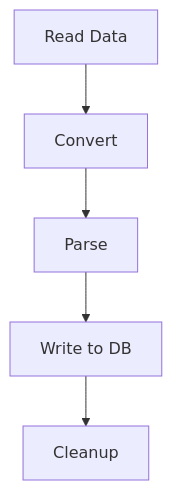
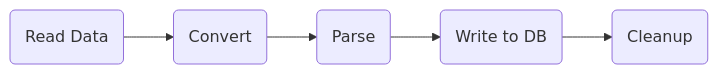
One commit to woernerm/dagmaid changed the diagram in diagram.mmd. Above: the diagram before and after it, drawn with Mermaid. The commit also changed 2 other files, not shown here.

Commit message:
Uses colors to mark passed and failed blocks

```diff
--- a/diagram.mmd
+++ b/diagram.mmd
@@ -1,12 +1,12 @@
-graph TD
-    A[Read Data] --> B[Convert]
-    B --> C[Parse]
-    C --> D[Write to DB]
-    D --> E[Cleanup]
+graph LR
+    A(Read Data) --> B(Convert)
+    B --> C(Parse)
+    C --> D(Write to DB)
+    D --> E(Cleanup)
 
 %% Session Status
-%% A: Done
-%% B: Done
-%% C: Done
+%% A: Success
+%% B: Success
+%% C: Failed
 %% D: Running
 %% E: Waiting
```
